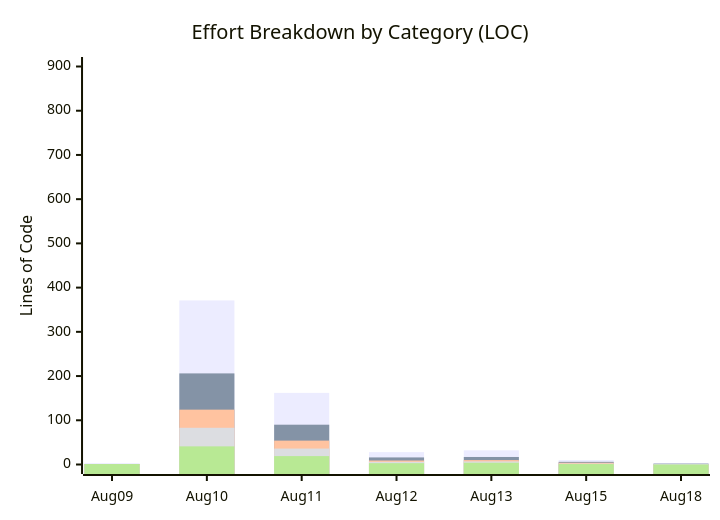
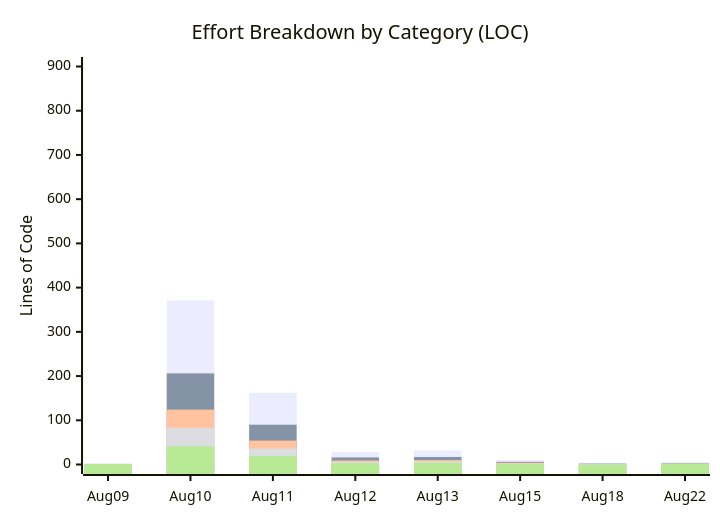
The third of 3 diagrams in docs/PROJECT_SUMMARY.md (roger64s/gradagig-website), drawn with Mermaid before and after one commit. The commit also changed other lines of this file and 2 other files, not shown here.

Commit message:
Add CodeWithKris login link and closeout docs

````diff
--- a/docs/PROJECT_SUMMARY.md
+++ b/docs/PROJECT_SUMMARY.md
@@ -76,11 +77,11 @@
 ```mermaid
 xychart-beta
     title "Effort Breakdown by Category (LOC)"
-    x-axis [Aug 09, Aug 10, Aug 11, Aug 12, Aug 13, Aug 15, Aug 18]
+    x-axis [Aug 09, Aug 10, Aug 11, Aug 12, Aug 13, Aug 15, Aug 18, Aug 22]
     y-axis "Lines of Code" 0 --> 900
-    bar [3, 371, 162, 28, 32, 10, 3]
-    bar [1, 206, 90, 16, 17, 6, 2]
-    bar [1, 124, 54, 9, 10, 4, 0]
-    bar [0, 83, 36, 6, 7, 2, 1]
-    bar [1, 41, 19, 3, 4, 1, 0]
+    bar [3, 371, 162, 28, 32, 10, 3, 5]
+    bar [1, 206, 90, 16, 17, 6, 2, 3]
+    bar [1, 124, 54, 9, 10, 4, 0, 0]
+    bar [0, 83, 36, 6, 7, 2, 1, 2]
+    bar [1, 41, 19, 3, 4, 1, 0, 2]
 ```
````
